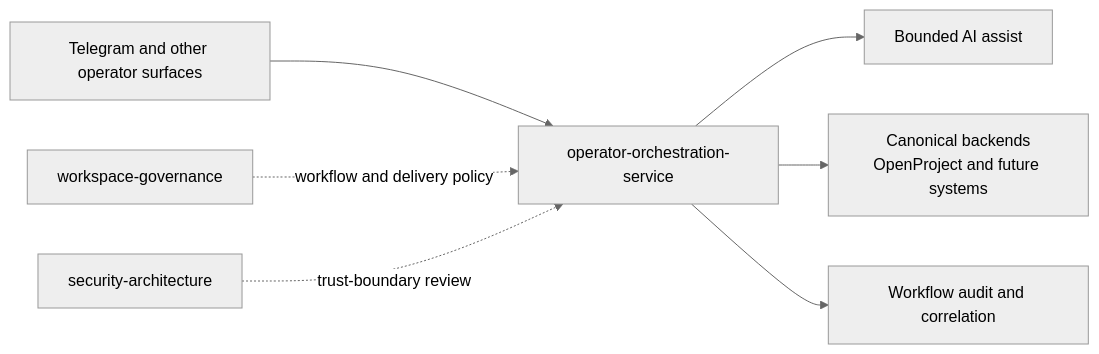
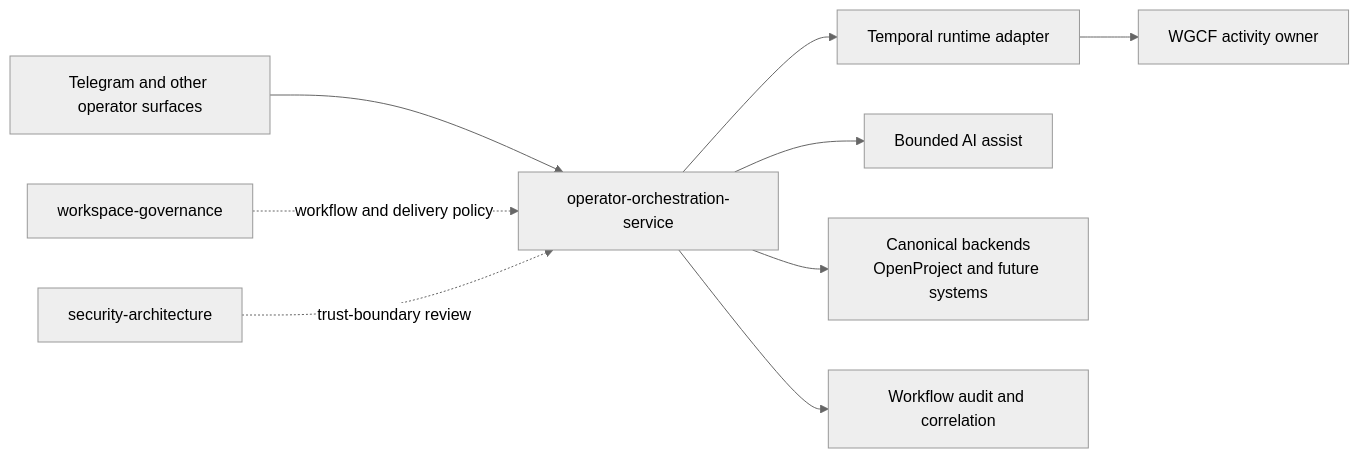
The diagram in README.md (mfshaf7/operator-orchestration-service), drawn with Mermaid (neutral theme) before and after one commit. The commit also changed other lines of this file and 70 other files, not shown here.

````diff
--- a/README.md
+++ b/README.md
@@ -21,17 +23,20 @@
 ```mermaid
 flowchart LR
     Surfaces[Telegram and other operator surfaces]
     OOS[operator-orchestration-service]
+    Temporal[Temporal runtime adapter]
+    WGCF[WGCF activity owner]
     AI[Bounded AI assist]
     Backends[Canonical backends<br/>OpenProject and future systems]
     Audit[Workflow audit and correlation]
     WG[workspace-governance]
     SA[security-architecture]
 
     Surfaces --> OOS
     OOS --> AI
     OOS --> Backends
     OOS --> Audit
+    OOS --> Temporal --> WGCF
     WG -. workflow and delivery policy .-> OOS
     SA -. trust-boundary review .-> OOS
 ```
````
